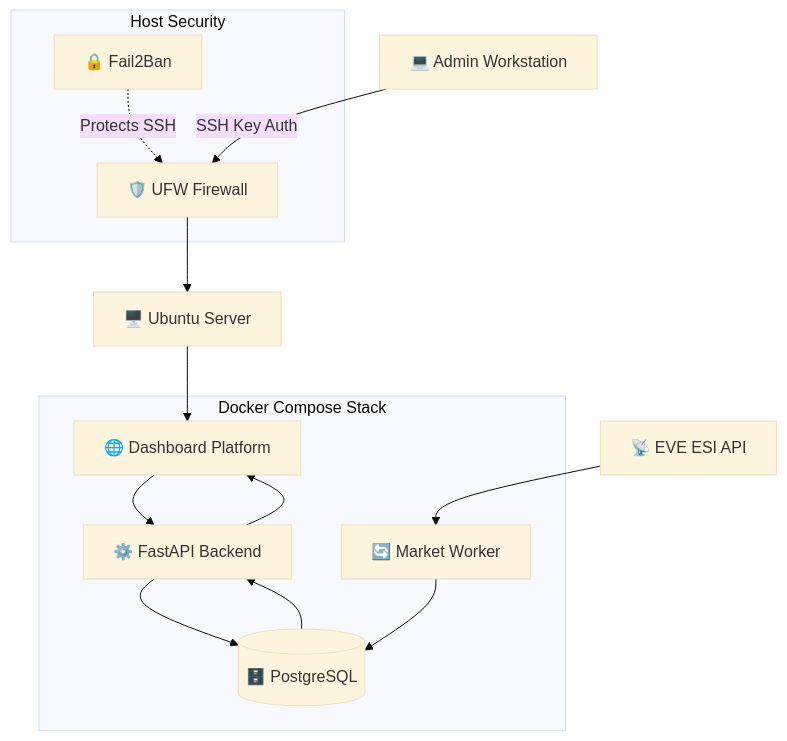
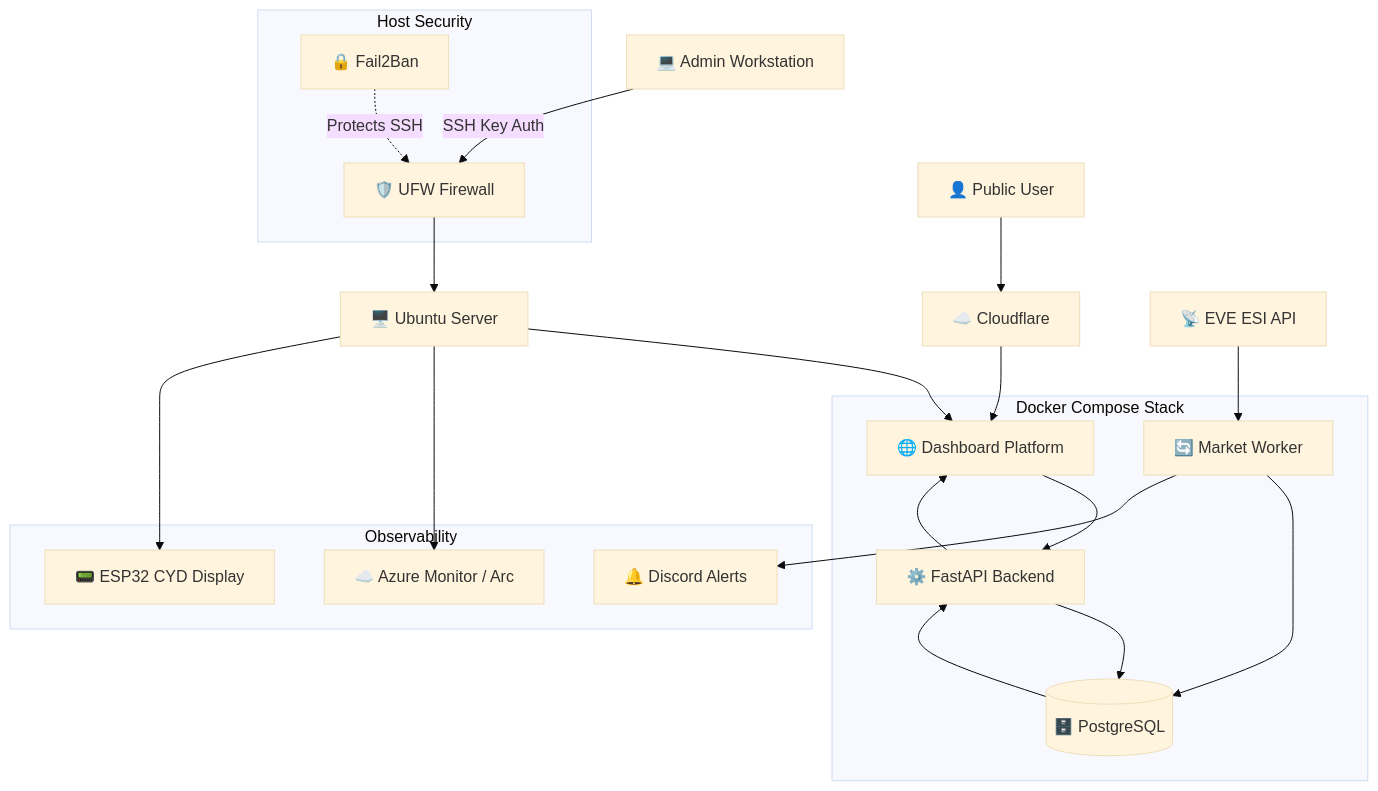
Before and after one commit to Relis-lol/homelab-hybrid-cloud-platform: the diagram in diagrams/current-architecture.md, drawn with Mermaid (base theme).

````diff
--- a/diagrams/current-architecture.md
+++ b/diagrams/current-architecture.md
@@ -3,49 +3,73 @@
 ```mermaid
 graph TD
 
-%% ----------- ACCESS -----------
+%% ----------- USERS -----------
+User["👤 Public User"]
 Admin["💻 Admin Workstation"]
+
+%% ----------- CLOUDFLARE -----------
+CF["☁️ Cloudflare"]
 
 %% ----------- SECURITY -----------
 subgraph Security["Host Security"]
     UFW["🛡️ UFW Firewall"]
     Fail2Ban["🔒 Fail2Ban"]
 end
 
 %% ----------- HOST -----------
 Server["🖥️ Ubuntu Server"]
 
 %% ----------- DOCKER -----------
 subgraph Docker["Docker Compose Stack"]
 
     Frontend["🌐 Dashboard Platform"]
 
     API["⚙️ FastAPI Backend"]
 
     Worker["🔄 Market Worker"]
 
     DB[(🗄️ PostgreSQL)]
 
 end
 
+%% ----------- MONITORING -----------
+subgraph Monitoring["Observability"]
+
+    Azure["☁️ Azure Monitor / Arc"]
+
+    Discord["🔔 Discord Alerts"]
+
+    CYD["📟 ESP32 CYD Display"]
+
+end
+
 %% ----------- EXTERNAL -----------
 ESI["📡 EVE ESI API"]
 
-%% ----------- ACCESS -----------
+%% ----------- PUBLIC ACCESS -----------
+User --> CF
+CF --> Frontend
+
+%% ----------- ADMIN ACCESS -----------
 Admin -->|SSH Key Auth| UFW
 Fail2Ban -.->|Protects SSH| UFW
 UFW --> Server
 
 %% ----------- APPLICATION FLOW -----------
 Server --> Frontend
 Frontend --> API
 API --> DB
 
 %% ----------- DATA PIPELINE -----------
 ESI --> Worker
 Worker --> DB
 
 %% ----------- ANALYTICS FLOW -----------
 DB --> API
 API --> Frontend
+
+%% ----------- OBSERVABILITY -----------
+Worker --> Discord
+Server --> Azure
+Server --> CYD
 ```
````
